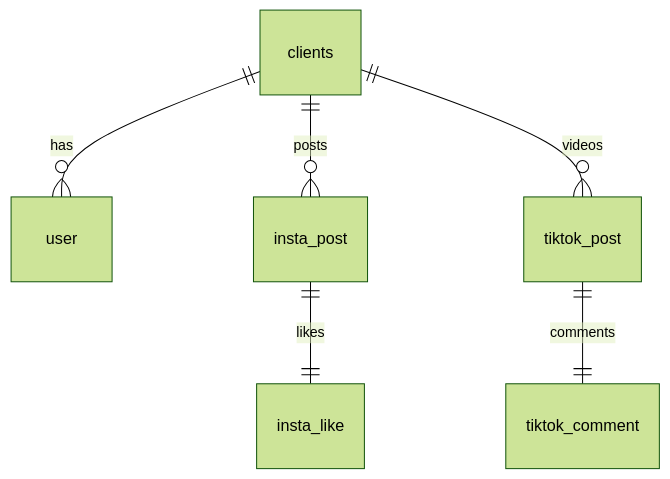
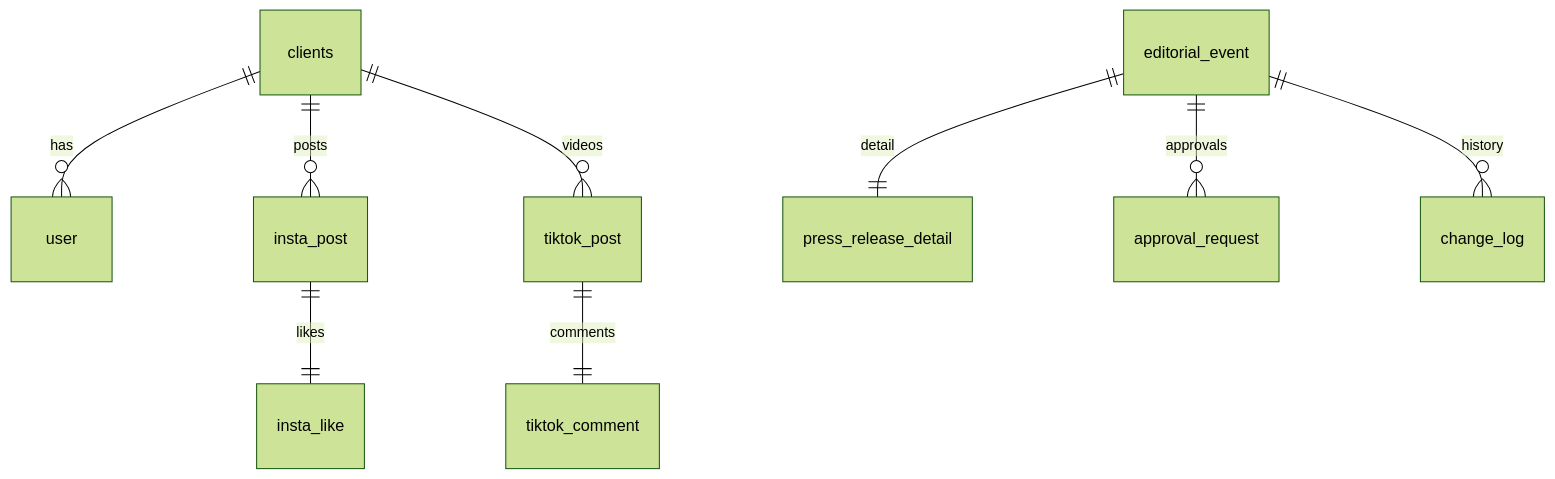
One commit to cicero78M/Cicero_V2 changed the diagram in docs/database_structure.md. Above: the diagram before and after it, drawn with Mermaid (forest theme). The commit also changed other lines of this file and 4 other files, not shown here.

````diff
--- a/docs/database_structure.md
+++ b/docs/database_structure.md
@@ -167,8 +263,11 @@
 ```mermaid
 erDiagram
     clients ||--o{ user : "has"
     clients ||--o{ insta_post : "posts"
     clients ||--o{ tiktok_post : "videos"
     insta_post ||--|| insta_like : "likes"
     tiktok_post ||--|| tiktok_comment : "comments"
+    editorial_event ||--|| press_release_detail : "detail"
+    editorial_event ||--o{ approval_request : "approvals"
+    editorial_event ||--o{ change_log : "history"
 ```
````
